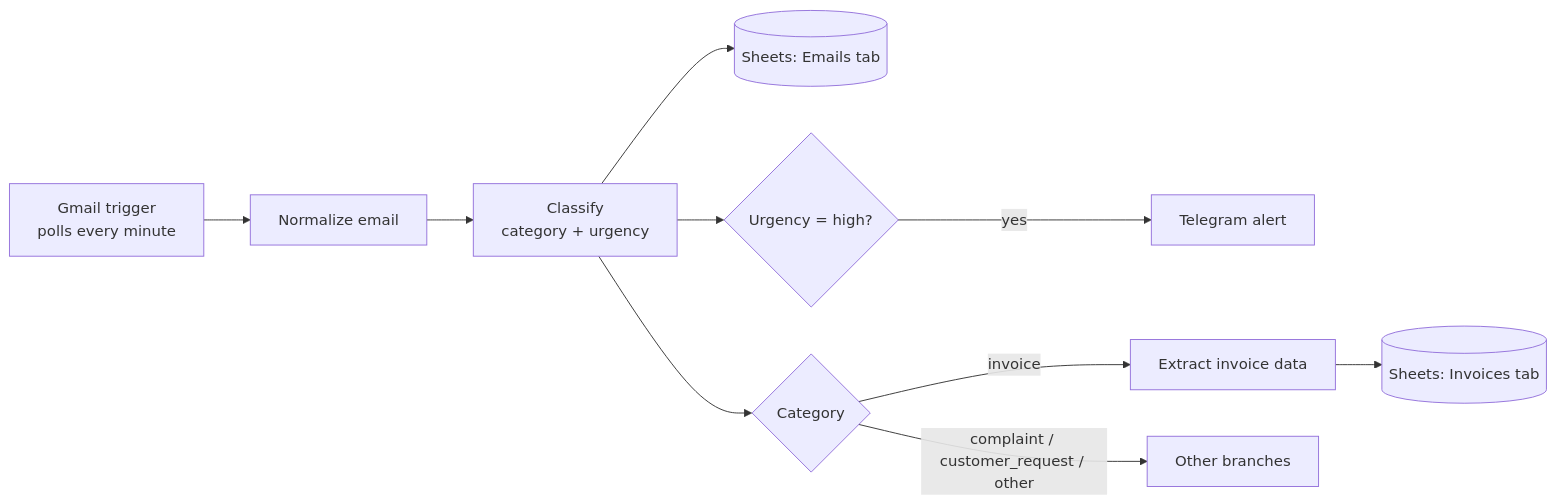
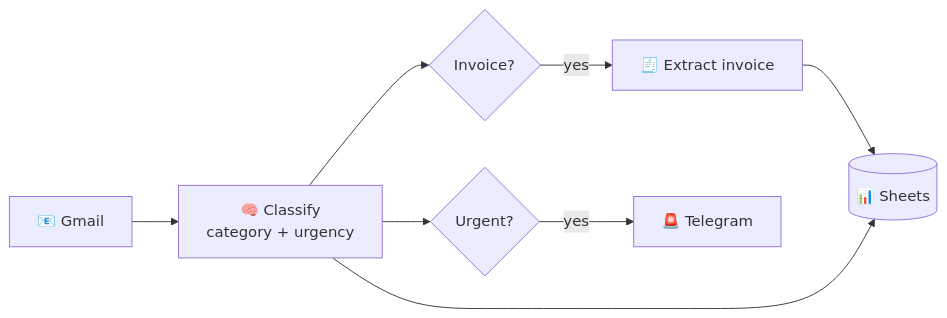
Before and after one commit to ClarasrCoelho/ai-inbox-automation: the diagram in README.md, drawn with Mermaid. The commit also changed other lines of this file, not shown here.

````diff
--- a/README.md
+++ b/README.md
@@ -20,12 +28,10 @@
 ```mermaid
 flowchart LR
-    A[Gmail trigger<br/>polls every minute] --> N[Normalize email]
-    N --> B[Classify<br/>category + urgency]
-    B --> L1[(Sheets: Emails tab)]
-    B --> H{Urgency = high?}
-    H -->|yes| I[Telegram alert]
-    B --> C{Category}
-    C -->|invoice| D[Extract invoice data]
-    D --> L2[(Sheets: Invoices tab)]
-    C -->|complaint / customer_request / other| G[Other branches]
+    A[📧 Gmail] --> B[🧠 Classify<br/>category + urgency]
+    B --> C{Invoice?}
+    C -->|yes| D[🧾 Extract invoice]
+    D --> E[(📊 Sheets)]
+    B --> F{Urgent?}
+    F -->|yes| G[🚨 Telegram]
+    B --> E
 ```
````
